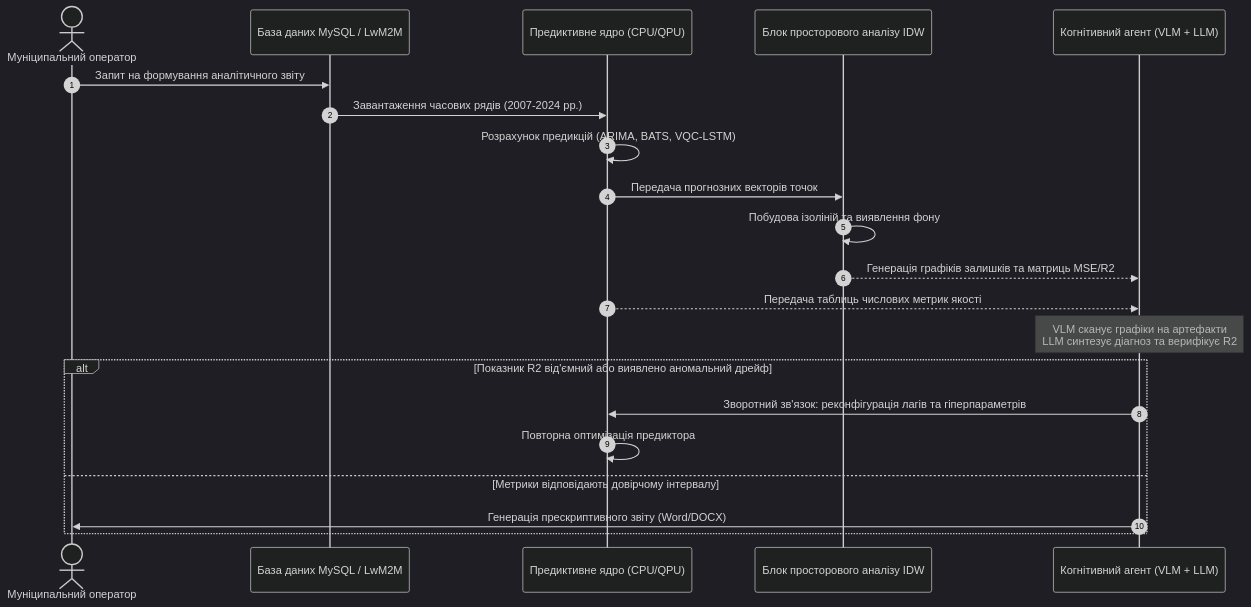
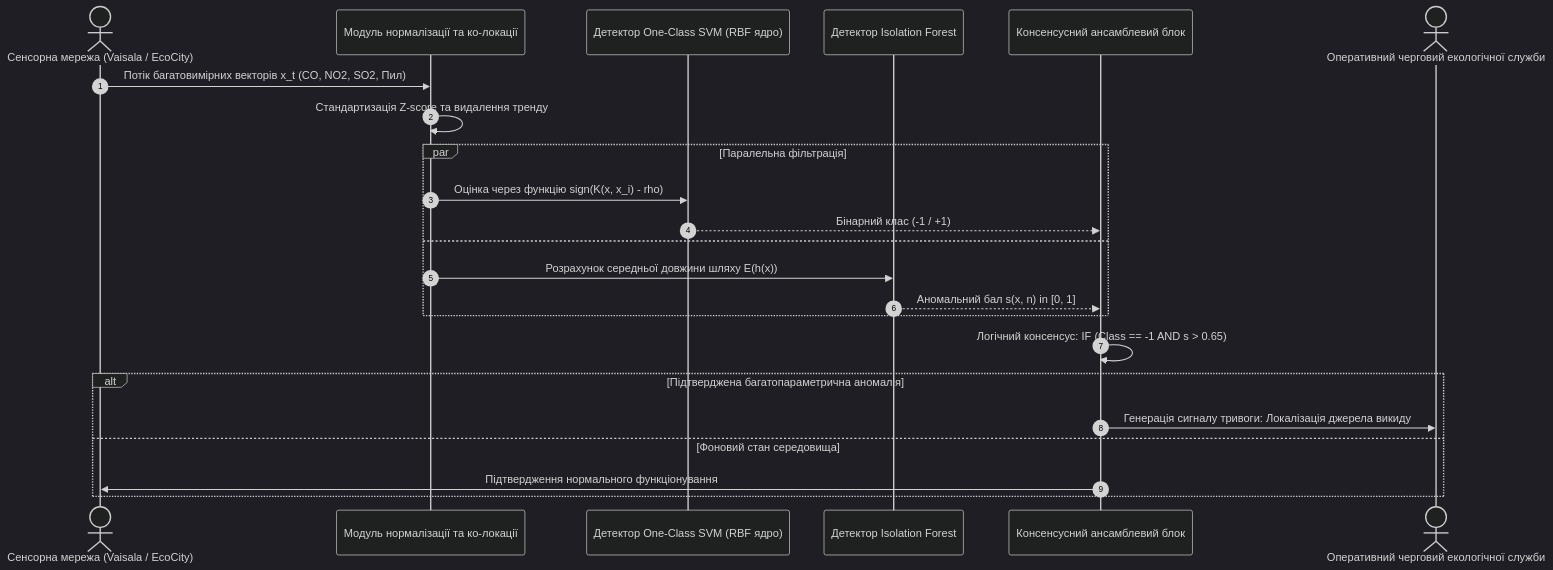
Before and after one commit to KyryloVadurin/eco-systems-analytics: the third of 4 diagrams in docs/lk/lk5.md, drawn with Mermaid (dark theme). The commit also changed other lines of this file and 9 other files, not shown here.

````diff
--- a/docs/lk/lk5.md
+++ b/docs/lk/lk5.md
@@ -376,24 +259,26 @@
 ```mermaid
 sequenceDiagram
     autonumber
-    actor Operator as Муніципальний оператор
-    participant DB as База даних MySQL / LwM2M
-    participant Core as Предиктивне ядро (CPU/QPU)
-    participant Engine as Блок просторового аналізу IDW
-    participant Agent as Когнітивний агент (VLM + LLM)
+    actor SensorNet as Сенсорна мережа (Vaisala / EcoCity)
+    participant Preprocessor as Модуль нормалізації та ко-локації
+    participant SVM as Детектор One-Class SVM (RBF ядро)
+    participant IF as Детектор Isolation Forest
+    participant Consensus as Консенсусний ансамблевий блок
+    actor Inspector as Оперативний черговий екологічної служби
 
-    Operator->>DB: Запит на формування аналітичного звіту
-    DB->>Core: Завантаження часових рядів (2007-2024 рр.)
-    Core->>Core: Розрахунок предикцій (ARIMA, BATS, VQC-LSTM)
-    Core->>Engine: Передача прогнозних векторів точок
-    Engine->>Engine: Побудова ізоліній та виявлення фону
-    Engine-->>Agent: Генерація графіків залишків та матриць MSE/R2
-    Core-->>Agent: Передача таблиць числових метрик якості
-    Note over Agent: VLM сканує графіки на артефакти<br/>LLM синтезує діагноз та верифікує R2
-    alt Показник R2 від'ємний або виявлено аномальний дрейф
-        Agent->>Core: Зворотний зв'язок: реконфігурація лагів та гіперпараметрів
-        Core->>Core: Повторна оптимізація предиктора
-    else Метрики відповідають довірчому інтервалу
-        Agent->>Operator: Генерація прескриптивного звіту (Word/DOCX)
+    SensorNet->>Preprocessor: Потік багатовимірних векторів x_t (CO, NO2, SO2, Пил)
+    Preprocessor->>Preprocessor: Стандартизація Z-score та видалення тренду
+    par Паралельна фільтрація
+        Preprocessor->>SVM: Оцінка через функцію sign(K(x, x_i) - rho)
+        SVM-->>Consensus: Бінарний клас (-1 / +1)
+    and
+        Preprocessor->>IF: Розрахунок середньої довжини шляху E(h(x))
+        IF-->>Consensus: Аномальний бал s(x, n) in [0, 1]
+    end
+    Consensus->>Consensus: Логічний консенсус: IF (Class == -1 AND s > 0.65)
+    alt Підтверджена багатопараметрична аномалія
+        Consensus->>Inspector: Генерація сигналу тривоги: Локалізація джерела викиду
+    else Фоновий стан середовища
+        Consensus->>SensorNet: Підтвердження нормального функціонування
     end
 ```
````
